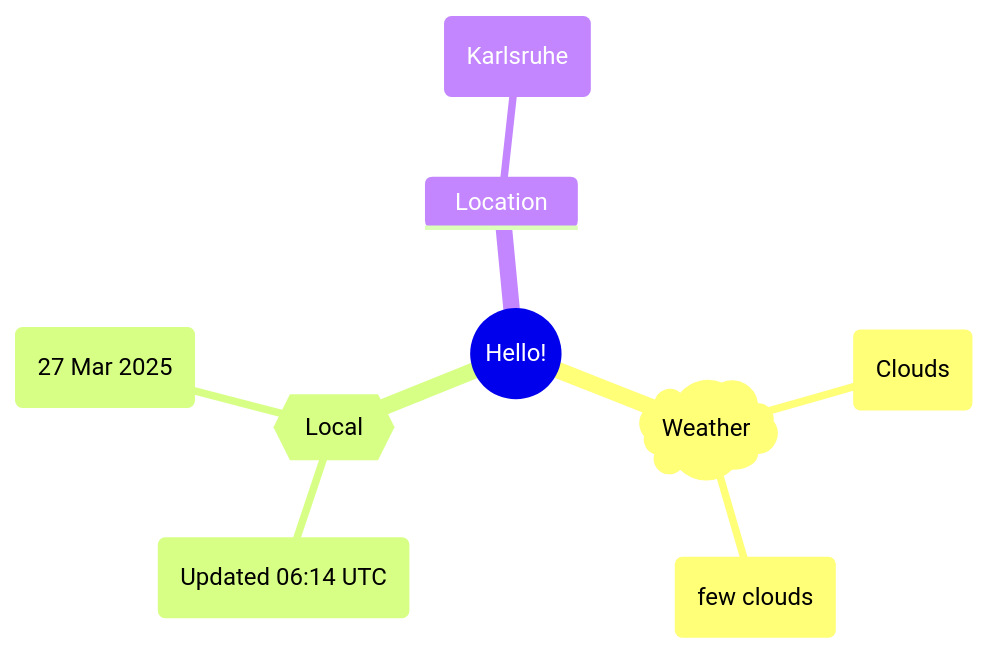
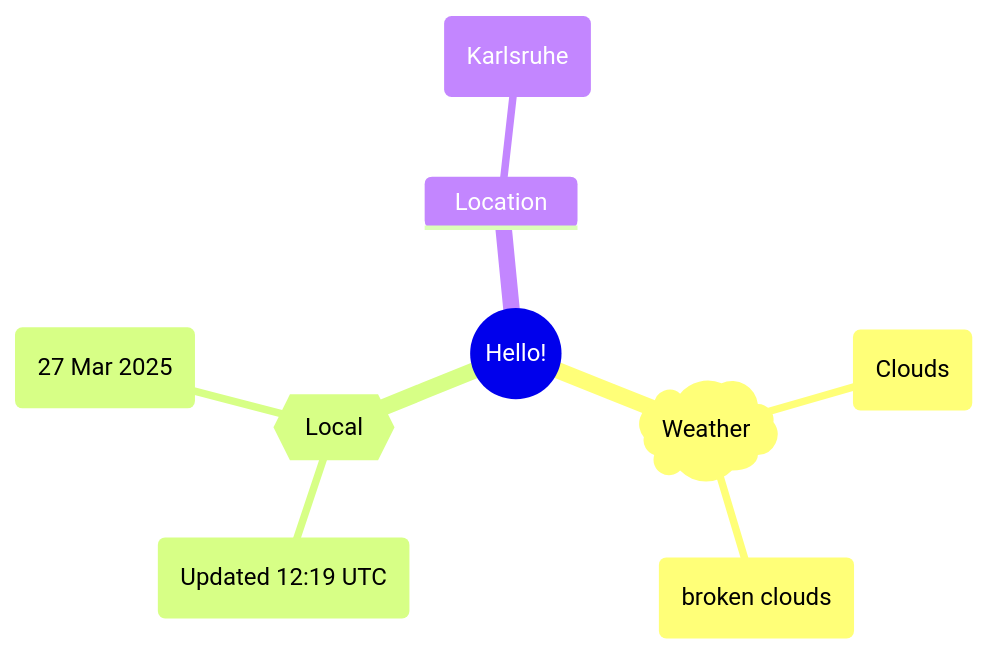
The first of 2 diagrams in README.md (Xosrov/Xosrov), drawn with Mermaid before and after one commit.

Commit message:
[bot] updated images

````diff
--- a/README.md
+++ b/README.md
@@ -3,12 +3,12 @@
 ```mermaid
 mindmap
   root((Hello!))
     )Weather(
         (Clouds)
-        (few clouds)
+        (broken clouds)
     {{Local}}
-        (Updated 06:14 UTC)
+        (Updated 12:19 UTC)
         (27 Mar 2025)
     Location
         (Karlsruhe)
 ```
````
